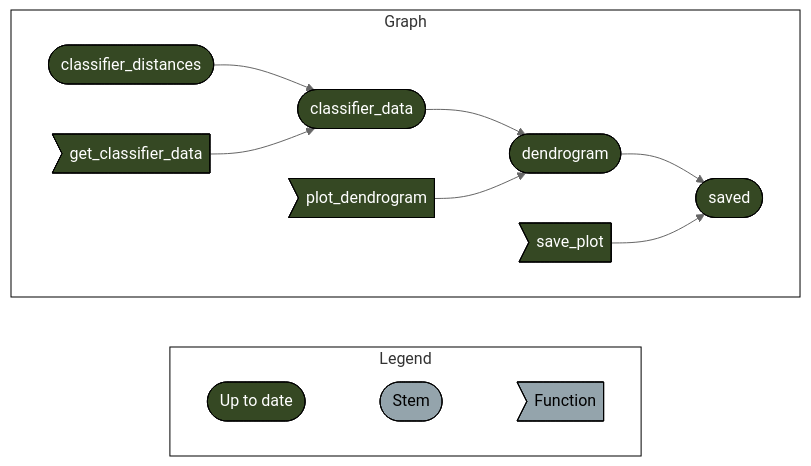
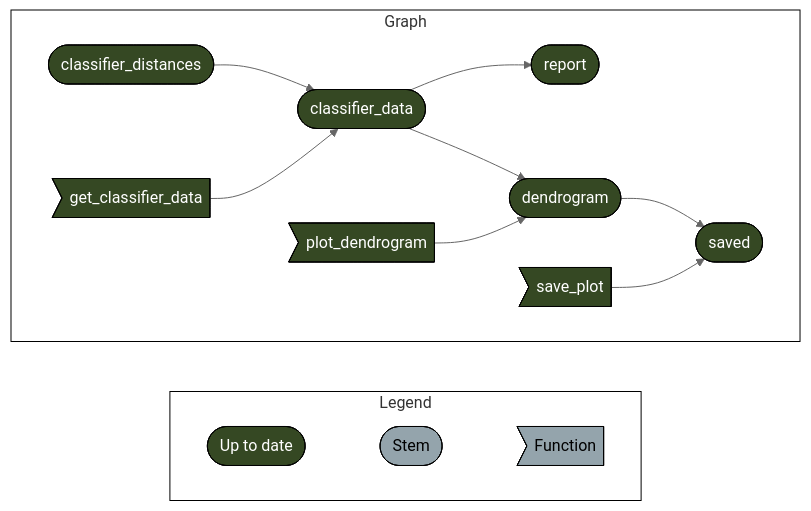
Before and after one commit to Computational-Biology-OceanOmics/OceanOmics-classifier-comparison: the diagram in README.md, drawn with Mermaid (neutral theme).

Commit message:
Add better mermaid plot

````diff
--- a/README.md
+++ b/README.md
@@ -29,23 +29,24 @@
 ```mermaid
 graph LR
   style Legend fill:#FFFFFF00,stroke:#000000;
   style Graph fill:#FFFFFF00,stroke:#000000;
   subgraph Legend
     direction LR
     x7420bd9270f8d27d([""Up to date""]):::uptodate --- xbf4603d6c2c2ad6b([""Stem""]):::none
     xbf4603d6c2c2ad6b([""Stem""]):::none --- xf0bce276fe2b9d3e>""Function""]:::none
   end
   subgraph Graph
     direction LR
+    x4cbe0500373226c1(["classifier_data"]):::uptodate --> xe0fba61fbc506510(["report"]):::uptodate
     x264c7e682ec442b2(["dendrogram"]):::uptodate --> xaf4a1b2829040c15(["saved"]):::uptodate
     x64d5b6c864f8ce9c>"save_plot"]:::uptodate --> xaf4a1b2829040c15(["saved"]):::uptodate
     xf2c68c9c4c5bbbc3(["classifier_distances"]):::uptodate --> x4cbe0500373226c1(["classifier_data"]):::uptodate
     x8279777903f3f13d>"get_classifier_data"]:::uptodate --> x4cbe0500373226c1(["classifier_data"]):::uptodate
     x4cbe0500373226c1(["classifier_data"]):::uptodate --> x264c7e682ec442b2(["dendrogram"]):::uptodate
     x994946b41121bfa6>"plot_dendrogram"]:::uptodate --> x264c7e682ec442b2(["dendrogram"]):::uptodate
   end
   classDef uptodate stroke:#000000,color:#ffffff,fill:#354823;
   classDef none stroke:#000000,color:#000000,fill:#94a4ac;
   linkStyle 0 stroke-width:0px;
   linkStyle 1 stroke-width:0px;
 ```
````
